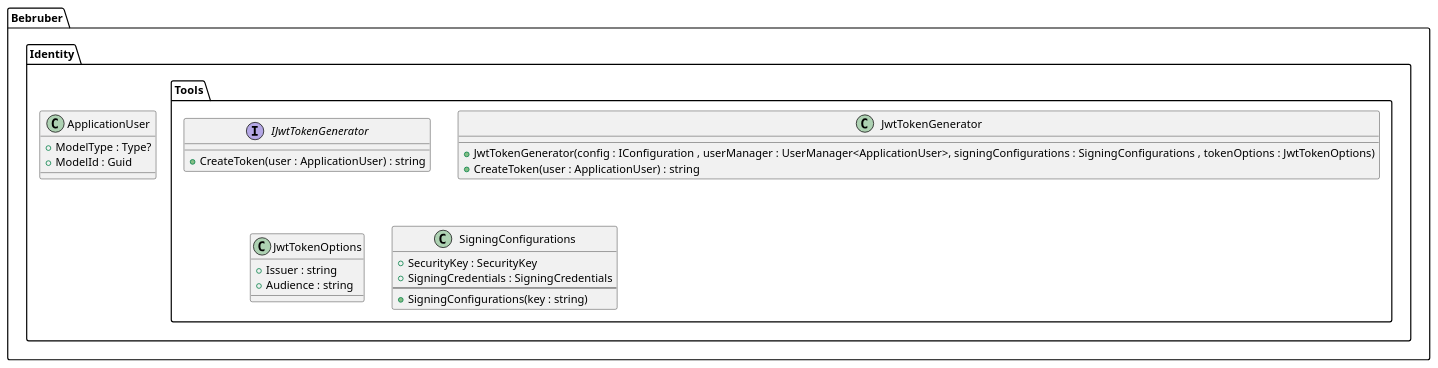
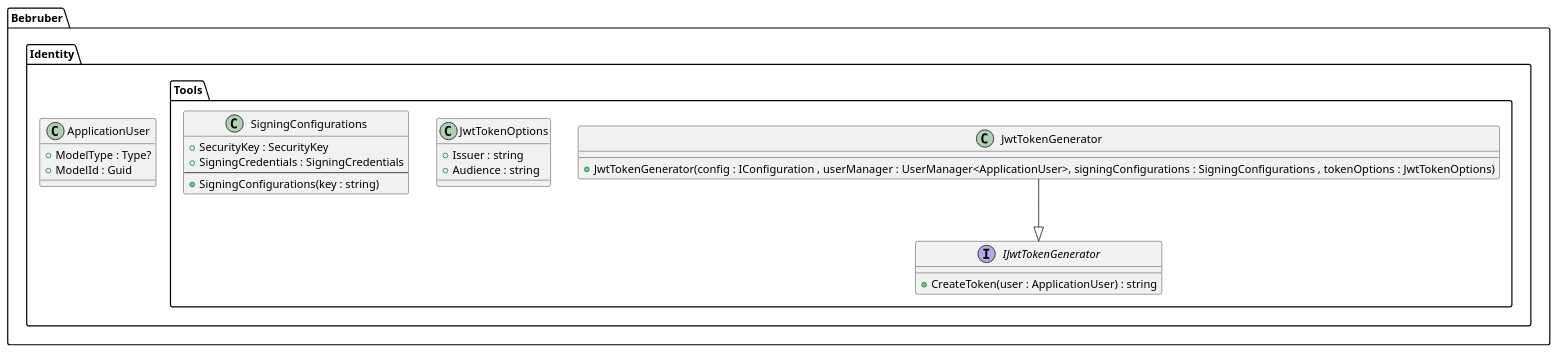
Before and after one commit to is-oop-y24/bebruber: the diagram in docs/Bebruber.Identity.puml, drawn with PlantUML. The commit also changed 2 other files, not shown here.

```diff
--- a/docs/Bebruber.Identity.puml
+++ b/docs/Bebruber.Identity.puml
@@ -1,25 +1,25 @@
 package Bebruber.Identity{
     package Tools{
         interface IJwtTokenGenerator{
             + CreateToken(user : ApplicationUser) : string
         }
         class JwtTokenGenerator{
             + JwtTokenGenerator(config : IConfiguration , userManager : UserManager<ApplicationUser>, signingConfigurations : SigningConfigurations , tokenOptions : JwtTokenOptions)
-            + CreateToken(user : ApplicationUser) : string
         }
         class JwtTokenOptions{
             + Issuer : string
             + Audience : string
         }
         class SigningConfigurations{
             + SecurityKey : SecurityKey
             +  SigningCredentials : SigningCredentials
             ---
             + SigningConfigurations(key : string)
         }
     }
     class ApplicationUser{
         + ModelType : Type?
         + ModelId : Guid
     }
 }
+JwtTokenGenerator--|>IJwtTokenGenerator
```
